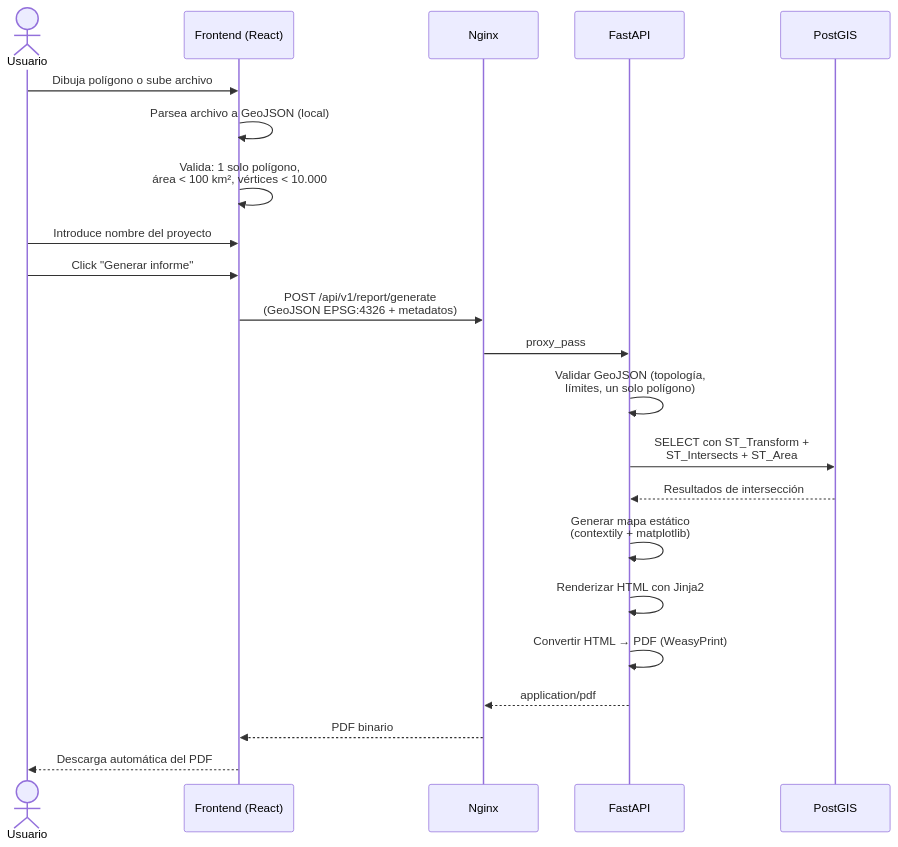
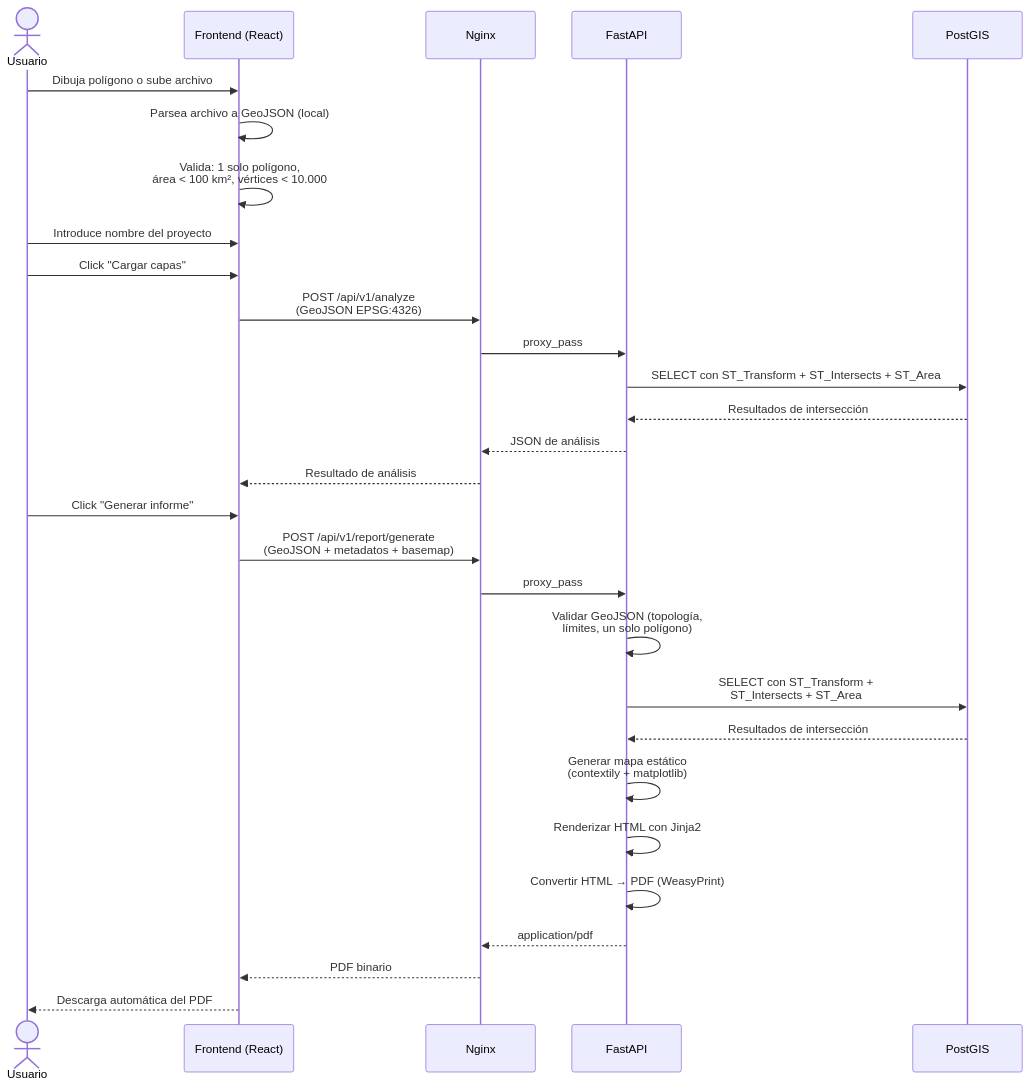
Before and after one commit to danizd/geoviable: the third of 3 diagrams in specs/Arquitectura_y_flujos.md, drawn with Mermaid. The commit also changed other lines of this file and 4 other files, not shown here.

Commit message:
Align technical specs with implemented PNOA and frontend flow

````diff
--- a/specs/Arquitectura_y_flujos.md
+++ b/specs/Arquitectura_y_flujos.md
@@ -106,25 +106,32 @@
 ```mermaid
 sequenceDiagram
     actor U as Usuario
     participant FE as Frontend (React)
     participant NG as Nginx
     participant API as FastAPI
     participant DB as PostGIS
 
     U->>FE: Dibuja polígono o sube archivo
     FE->>FE: Parsea archivo a GeoJSON (local)
     FE->>FE: Valida: 1 solo polígono,<br/>área < 100 km², vértices < 10.000
     U->>FE: Introduce nombre del proyecto
+    U->>FE: Click "Cargar capas"
+    FE->>NG: POST /api/v1/analyze<br/>(GeoJSON EPSG:4326)
+    NG->>API: proxy_pass
+    API->>DB: SELECT con ST_Transform + ST_Intersects + ST_Area
+    DB-->>API: Resultados de intersección
+    API-->>NG: JSON de análisis
+    NG-->>FE: Resultado de análisis
     U->>FE: Click "Generar informe"
-    FE->>NG: POST /api/v1/report/generate<br/>(GeoJSON EPSG:4326 + metadatos)
+    FE->>NG: POST /api/v1/report/generate<br/>(GeoJSON + metadatos + basemap)
     NG->>API: proxy_pass
     API->>API: Validar GeoJSON (topología,<br/>límites, un solo polígono)
     API->>DB: SELECT con ST_Transform +<br/>ST_Intersects + ST_Area
     DB-->>API: Resultados de intersección
     API->>API: Generar mapa estático<br/>(contextily + matplotlib)
     API->>API: Renderizar HTML con Jinja2
     API->>API: Convertir HTML → PDF (WeasyPrint)
     API-->>NG: application/pdf
     NG-->>FE: PDF binario
     FE-->>U: Descarga automática del PDF
 ```
````
